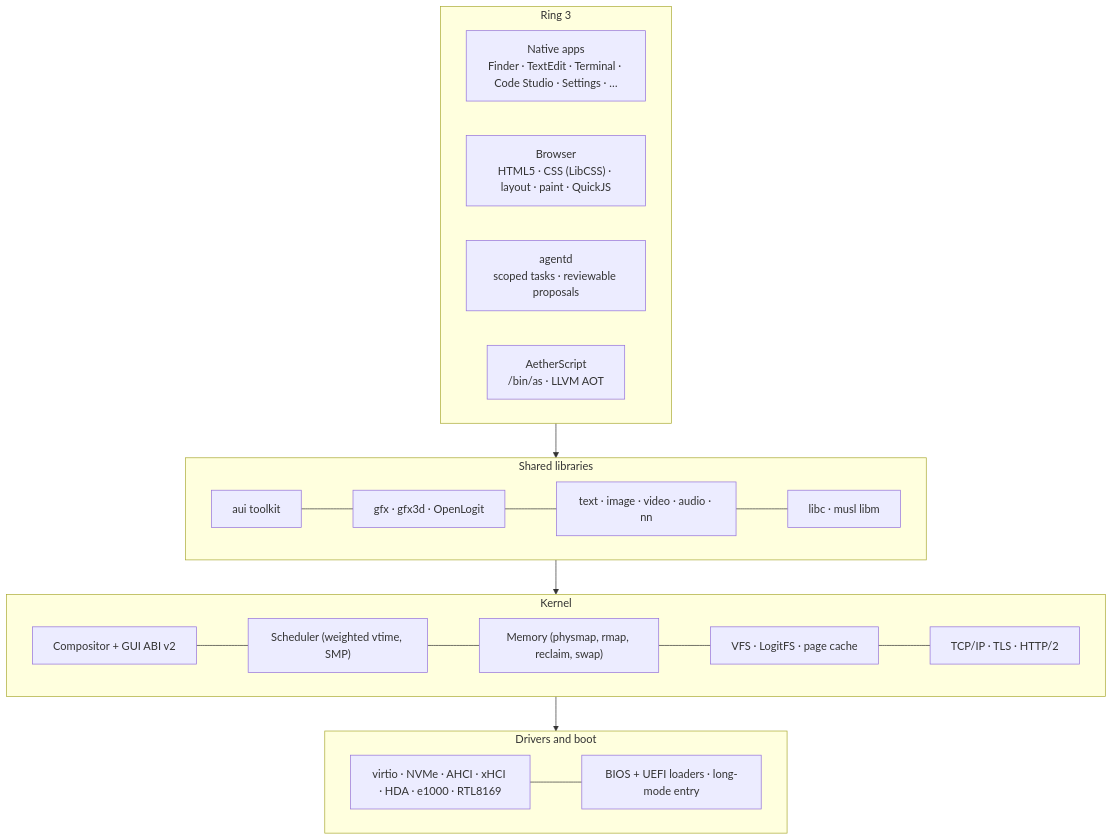
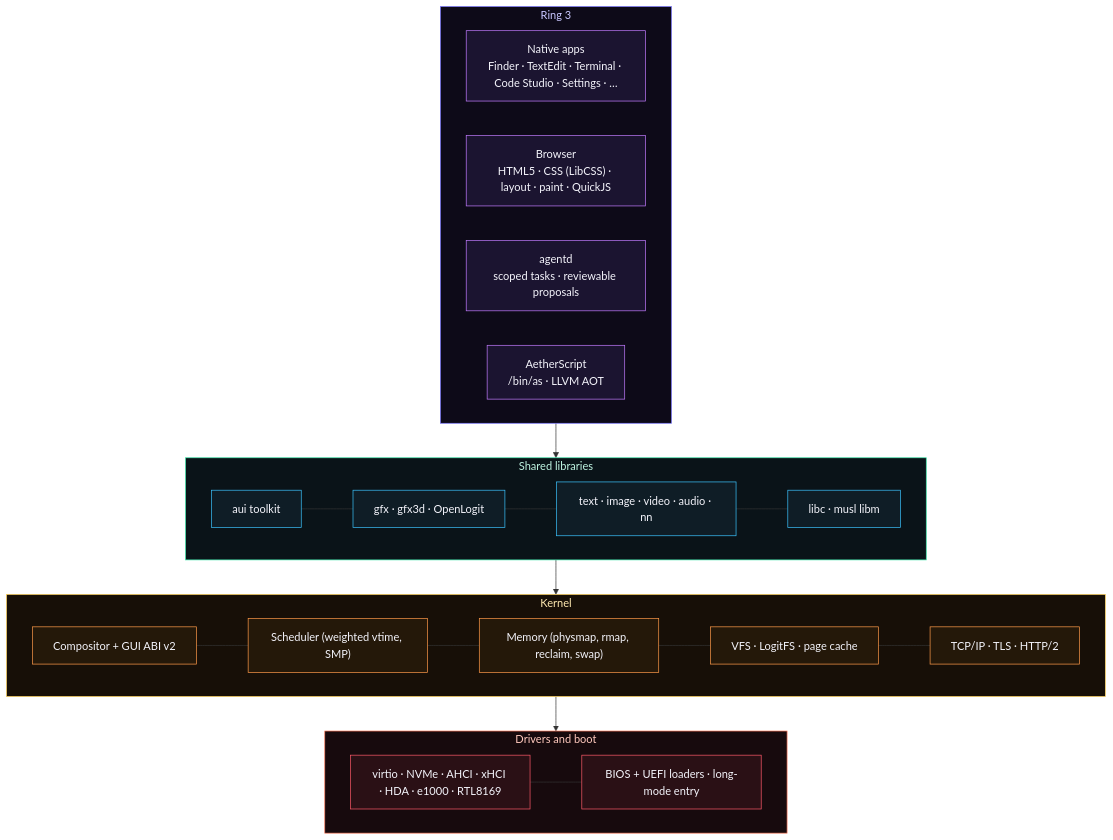
The diagram in README.md (cai114514114514/LogitOS), drawn with Mermaid before and after one commit.

Commit message:
docs: colour the README architecture diagram by layer

````diff
--- a/README.md
+++ b/README.md
@@ -81,23 +81,35 @@
 ```mermaid
 flowchart TB
   subgraph R3["Ring 3"]
     direction LR
     APPS["Native apps<br/>Finder · TextEdit · Terminal · Code Studio · Settings · …"]
     BR["Browser<br/>HTML5 · CSS (LibCSS) · layout · paint · QuickJS"]
     AG["agentd<br/>scoped tasks · reviewable proposals"]
     AS["AetherScript<br/>/bin/as · LLVM AOT"]
   end
   subgraph LIB["Shared libraries"]
     direction LR
     AUI["aui toolkit"] --- GFX["gfx · gfx3d · OpenLogit"] --- TXT["text · image · video · audio · nn"] --- LIBC["libc · musl libm"]
   end
   subgraph K["Kernel"]
     direction LR
     WM["Compositor + GUI ABI v2"] --- SCH["Scheduler (weighted vtime, SMP)"] --- MM["Memory (physmap, rmap, reclaim, swap)"] --- FS["VFS · LogitFS · page cache"] --- NET["TCP/IP · TLS · HTTP/2"]
   end
   subgraph HW["Drivers and boot"]
     direction LR
     DRV["virtio · NVMe · AHCI · xHCI · HDA · e1000 · RTL8169"] --- BOOT["BIOS + UEFI loaders · long-mode entry"]
   end
   R3 --> LIB --> K --> HW
+  classDef app fill:#1b1430,stroke:#c27bff,color:#f4f4fb
+  classDef lib fill:#0f1d26,stroke:#3cc4ff,color:#f4f4fb
+  classDef ker fill:#241809,stroke:#ff9a4a,color:#f4f4fb
+  classDef hw fill:#2a1015,stroke:#ff5a6a,color:#f4f4fb
+  class APPS,BR,AG,AS app
+  class AUI,GFX,TXT,LIBC lib
+  class WM,SCH,MM,FS,NET ker
+  class DRV,BOOT hw
+  style R3 fill:#0d0a18,stroke:#7b78ff,color:#c9c7ff
+  style LIB fill:#0a1318,stroke:#38e6a8,color:#bff5e2
+  style K fill:#170f07,stroke:#ffd35c,color:#ffe9b0
+  style HW fill:#170a0d,stroke:#ff7a5a,color:#ffc9bd
 ```
````
